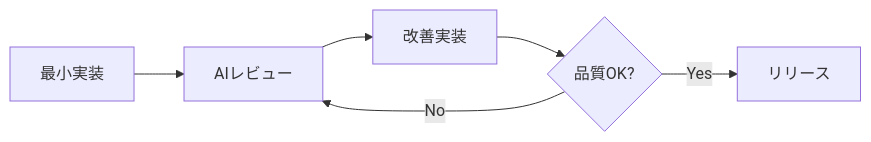
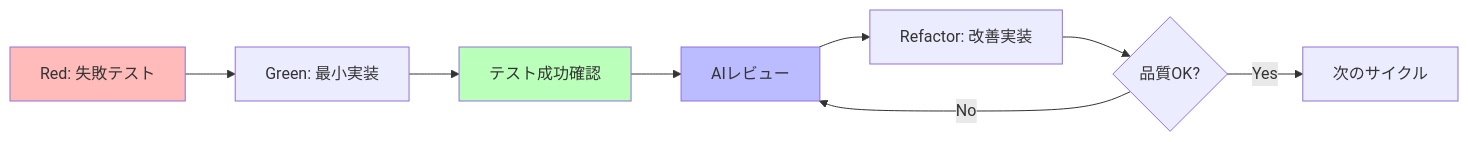
Before and after one commit to r0227n/flutter_template_project: the diagram in docs/CLAUDE_4_BEST_PRACTICES.md, drawn with Mermaid. The commit also changed other lines of this file, not shown here.

````diff
--- a/docs/CLAUDE_4_BEST_PRACTICES.md
+++ b/docs/CLAUDE_4_BEST_PRACTICES.md
@@ -26,8 +72,14 @@
 ```mermaid
 flowchart LR
-    A[最小実装] --> B[AIレビュー]
-    B --> C[改善実装]
-    C --> D{品質OK?}
-    D -->|No| B
-    D -->|Yes| E[リリース]
+    A[Red: 失敗テスト] --> B[Green: 最小実装]
+    B --> C[テスト成功確認]
+    C --> D[AIレビュー]
+    D --> E[Refactor: 改善実装]
+    E --> F{品質OK?}
+    F -->|No| D
+    F -->|Yes| G[次のサイクル]
+    
+    style A fill:#ffbaba
+    style C fill:#baffba
+    style D fill:#bbf
 ```
````
